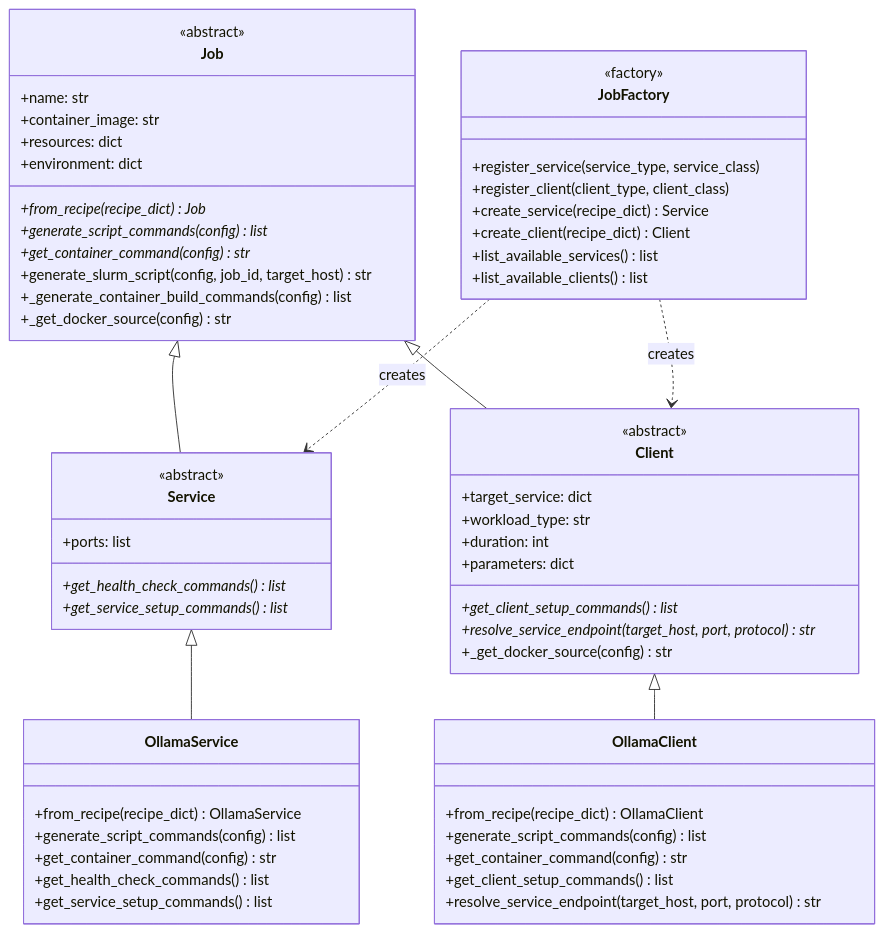
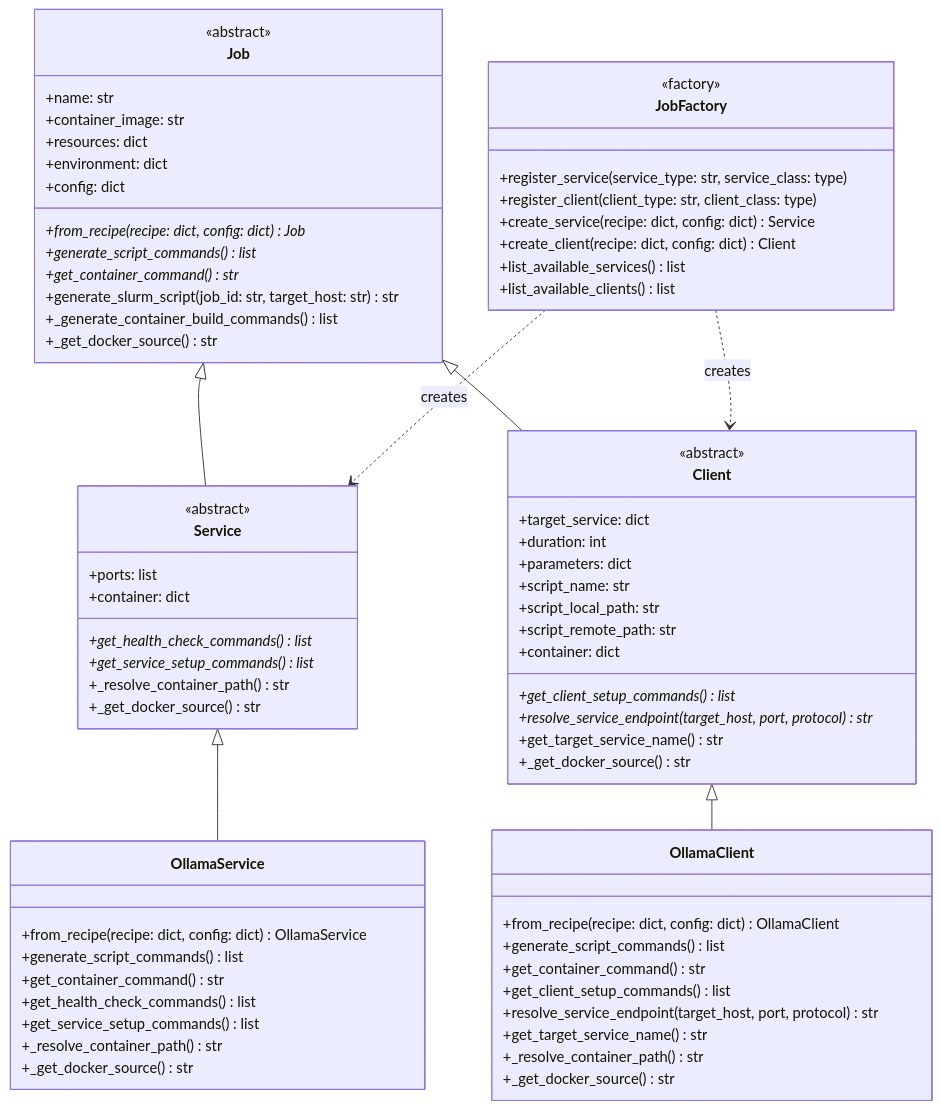
One commit to ChrisKarg/team10_EUMASTER4HPC2526_challenge changed the second of 8 diagrams in docs/ARCHITECTURE_DOCUMENTATION.md. Above: the diagram before and after it, drawn with Mermaid. The commit also changed other lines of this file and 7 other files, not shown here.

Commit message:
Finalized change of architecture design for script generation

```diff
--- a/docs/ARCHITECTURE_DOCUMENTATION.md
+++ b/docs/ARCHITECTURE_DOCUMENTATION.md
@@ -57,56 +57,69 @@
         +container_image: str
         +resources: dict
         +environment: dict
-        +from_recipe(recipe_dict) Job*
-        +generate_script_commands(config) list*
-        +get_container_command(config) str*
-        +generate_slurm_script(config, job_id, target_host) str
-        +_generate_container_build_commands(config) list
-        +_get_docker_source(config) str
+        +config: dict
+        +from_recipe(recipe: dict, config: dict) Job*
+        +generate_script_commands() list*
+        +get_container_command() str*
+        +generate_slurm_script(job_id: str, target_host: str) str
+        +_generate_container_build_commands() list
+        +_get_docker_source() str
     }
     
     class Service {
         <<abstract>>
         +ports: list
+        +container: dict
         +get_health_check_commands() list*
         +get_service_setup_commands() list*
+        +_resolve_container_path() str
+        +_get_docker_source() str
     }
     
     class Client {
         <<abstract>>
         +target_service: dict
-        +workload_type: str
         +duration: int
         +parameters: dict
+        +script_name: str
+        +script_local_path: str
+        +script_remote_path: str
+        +container: dict
         +get_client_setup_commands() list*
         +resolve_service_endpoint(target_host, port, protocol) str*
-        +_get_docker_source(config) str
+        +get_target_service_name() str
+        +_get_docker_source() str
     }
     
     %% Concrete Implementations
     class OllamaService {
-        +from_recipe(recipe_dict) OllamaService
-        +generate_script_commands(config) list
-        +get_container_command(config) str
+        +from_recipe(recipe: dict, config: dict) OllamaService
+        +generate_script_commands() list
+        +get_container_command() str
         +get_health_check_commands() list
         +get_service_setup_commands() list
+        +_resolve_container_path() str
+        +_get_docker_source() str
     }
     
     class OllamaClient {
-        +from_recipe(recipe_dict) OllamaClient
-        +generate_script_commands(config) list
-        +get_container_command(config) str
+        +from_recipe(recipe: dict, config: dict) OllamaClient
+        +generate_script_commands() list
+        +get_container_command() str
         +get_client_setup_commands() list
         +resolve_service_endpoint(target_host, port, protocol) str
+        +get_target_service_name() str
+        +_resolve_container_path() str
+        +_get_docker_source() str
     }
     
     %% Factory Pattern
     class JobFactory {
         <<factory>>
-        +register_service(service_type, service_class)
-        +register_client(client_type, client_class)
-        +create_service(recipe_dict) Service
-        +create_client(recipe_dict) Client
+        +register_service(service_type: str, service_class: type)
+        +register_client(client_type: str, client_class: type)
+        +create_service(recipe: dict, config: dict) Service
+        +create_client(recipe: dict, config: dict) Client
         +list_available_services() list
         +list_available_clients() list
     }
```
